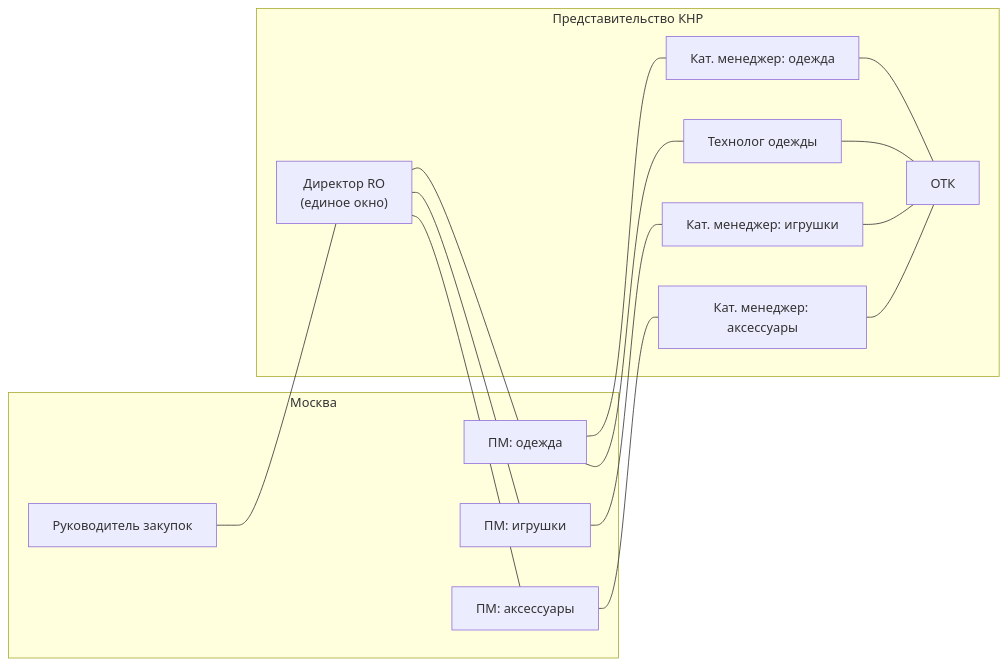
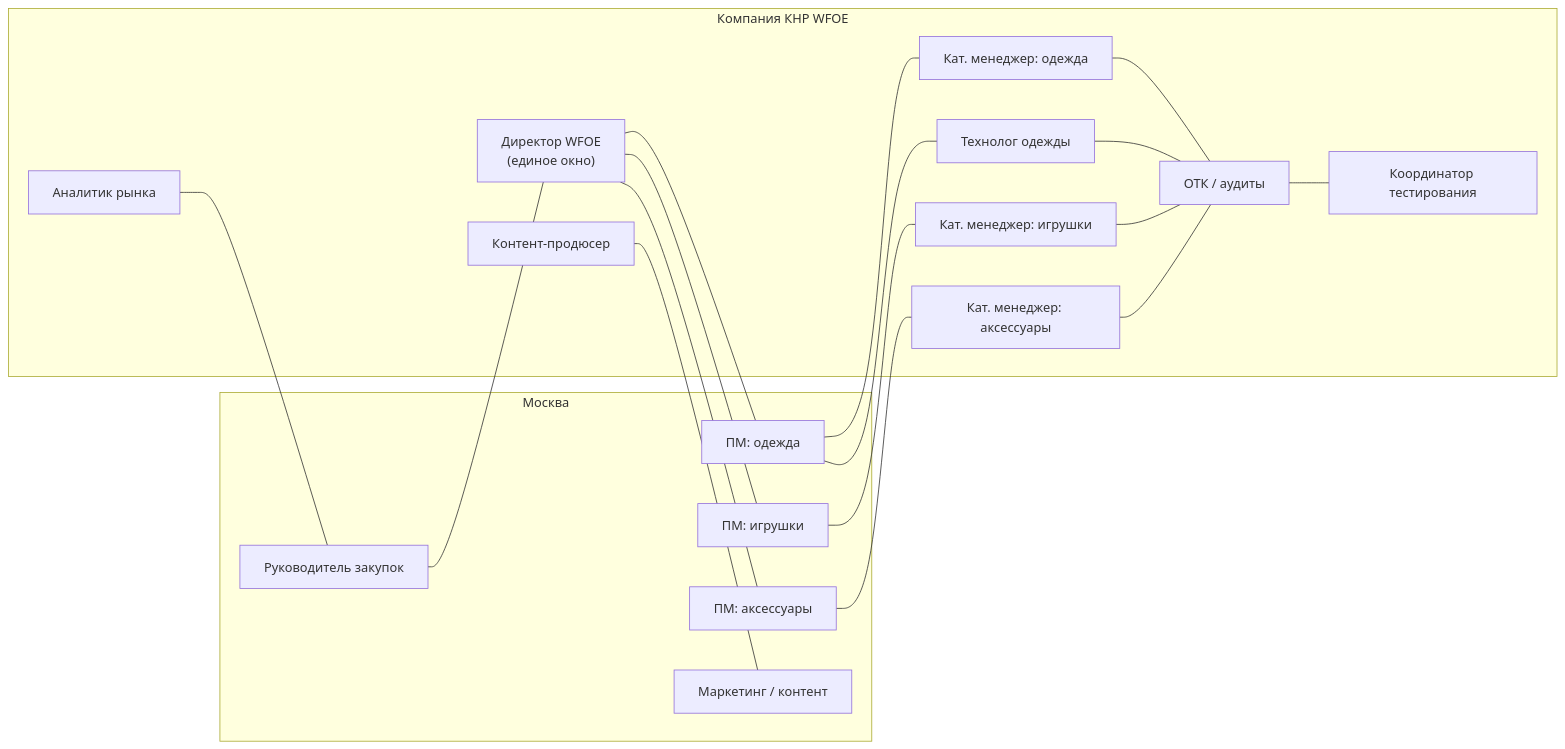
One commit to SinopticsVit/resume changed the first of 8 diagrams in representative in china DM/representation/office_setup/05_horizontal_interactions_moscow.md. Above: the diagram before and after it, drawn with Mermaid. The commit also changed other lines of this file and 62 other files, not shown here.

````diff
--- a/representative in china DM/representation/office_setup/05_horizontal_interactions_moscow.md
+++ b/representative in china DM/representation/office_setup/05_horizontal_interactions_moscow.md
@@ -21,30 +22,37 @@
 ```mermaid
 flowchart LR
     subgraph MSK [Москва]
         PMClothes["ПМ: одежда"]
         PMToys["ПМ: игрушки"]
         PMAcc["ПМ: аксессуары"]
+        Content_MSK["Маркетинг / контент"]
         Proc["Руководитель закупок"]
     end
-    subgraph RO [Представительство КНР]
-        Dir["Директор RO<br/>(единое окно)"]
+    subgraph WFOE [Компания КНР WFOE]
+        Dir["Директор WFOE<br/>(единое окно)"]
         CMClothes["Кат. менеджер: одежда"]
         CMToys["Кат. менеджер: игрушки"]
         CMAcc["Кат. менеджер: аксессуары"]
         Tech["Технолог одежды"]
-        QC["ОТК"]
+        QC["ОТК / аудиты"]
+        Content["Контент-продюсер"]
+        Testing["Координатор тестирования"]
+        Analyst["Аналитик рынка"]
     end
 
     Proc --- Dir
     Dir --- PMClothes
     Dir --- PMToys
     Dir --- PMAcc
     PMClothes --- CMClothes
     PMToys --- CMToys
     PMAcc --- CMAcc
     PMClothes --- Tech
     CMClothes --- QC
     CMToys --- QC
     CMAcc --- QC
     Tech --- QC
+    QC --- Testing
+    Content --- Content_MSK
+    Analyst --- Proc
 ```
````
